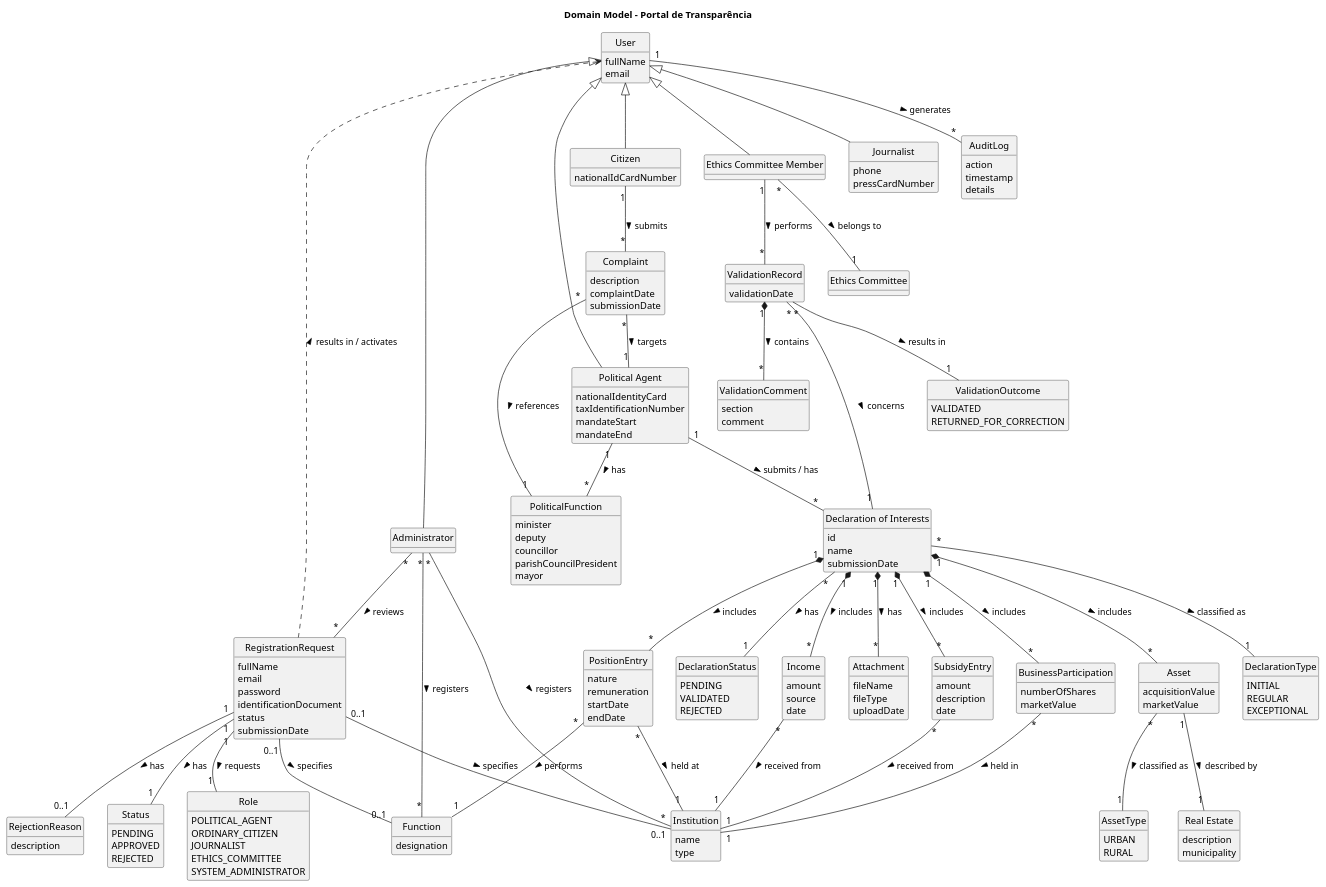
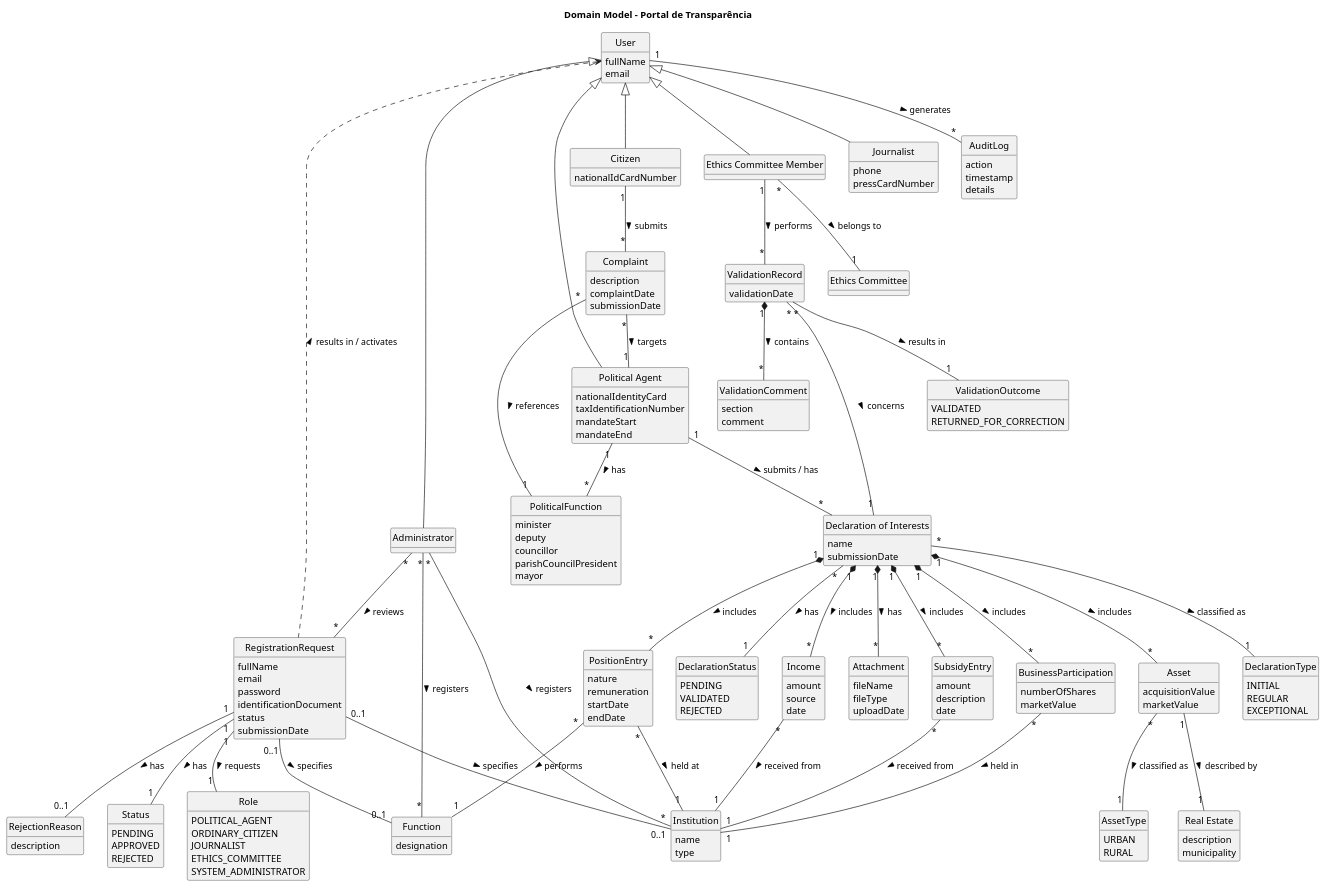
Before and after one commit to brunodspinto/crystal-clear-platform: the diagram in docs/system-documentation/global-artifacts/02.analysis/puml/DM.puml, drawn with PlantUML.

Commit message:
Remove id from Declaration UML class

```diff
--- a/docs/system-documentation/global-artifacts/02.analysis/puml/DM.puml
+++ b/docs/system-documentation/global-artifacts/02.analysis/puml/DM.puml
@@ -84,7 +84,6 @@
 }
 
 class "Declaration of Interests" as Declaration {
-    id
     name
     submissionDate
 }
```
